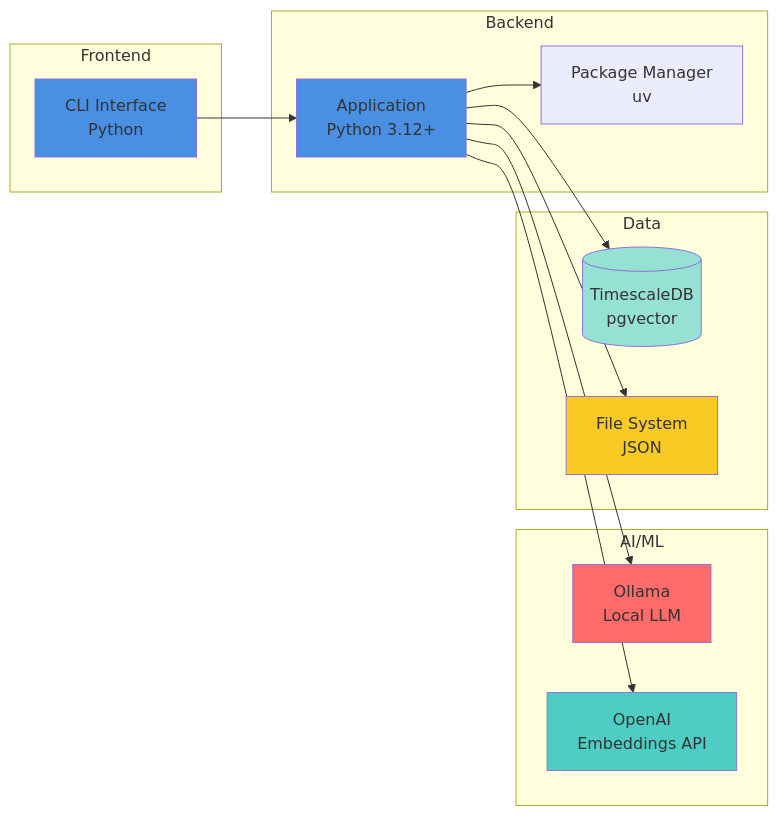
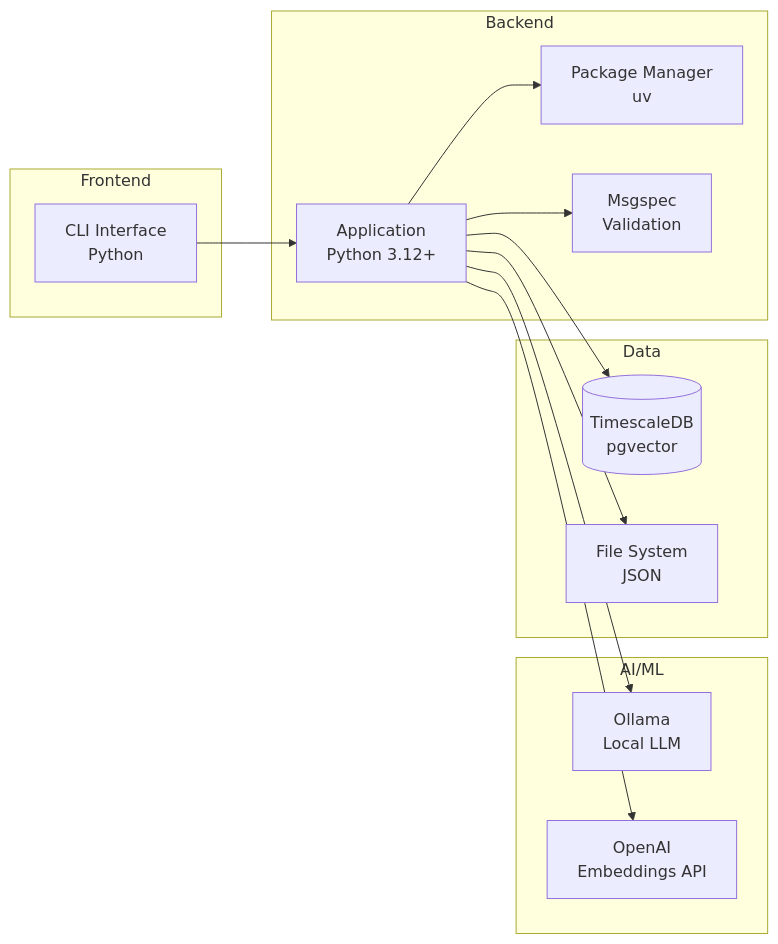
The fourth of 4 diagrams in docs/system-architecture.md (anchildress1/my-hermantic-agent), drawn with Mermaid before and after one commit. The commit also changed other lines of this file and 44 other files, not shown here.

First line of the commit message:
refactor: restructure project to service-oriented architecture

````diff
--- a/docs/system-architecture.md
+++ b/docs/system-architecture.md
@@ -216,41 +126,36 @@
 ```mermaid
 ---
 config:
   accessibility:
     - label: Technology Stack
     - description: Tech stack components and their relationships
 ---
 graph LR
     subgraph "Frontend"
         CLI[CLI Interface<br/>Python]
     end
 
     subgraph "Backend"
         App[Application<br/>Python 3.12+]
         UV[Package Manager<br/>uv]
+        Msgspec[Msgspec<br/>Validation]
     end
 
     subgraph "AI/ML"
         OL[Ollama<br/>Local LLM]
         OAI[OpenAI<br/>Embeddings API]
     end
 
     subgraph "Data"
         TS[(TimescaleDB<br/>pgvector)]
         FS[File System<br/>JSON]
     end
 
     CLI --> App
     App --> UV
+    App --> Msgspec
     App --> OL
     App --> OAI
     App --> TS
     App --> FS
-
-    style CLI fill:#4A90E2
-    style App fill:#4A90E2
-    style OL fill:#FF6B6B
-    style OAI fill:#4ECDC4
-    style TS fill:#95E1D3
-    style FS fill:#F9CA24
 ```
````
